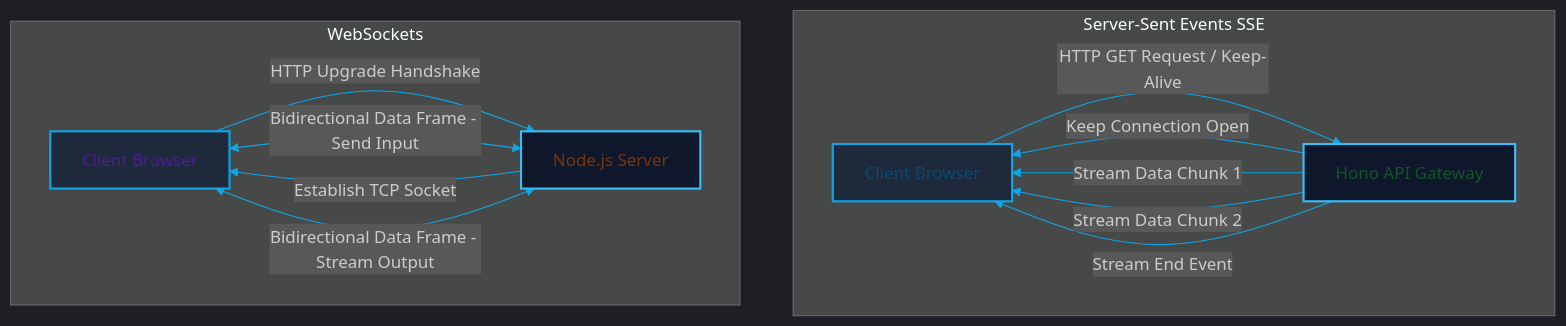
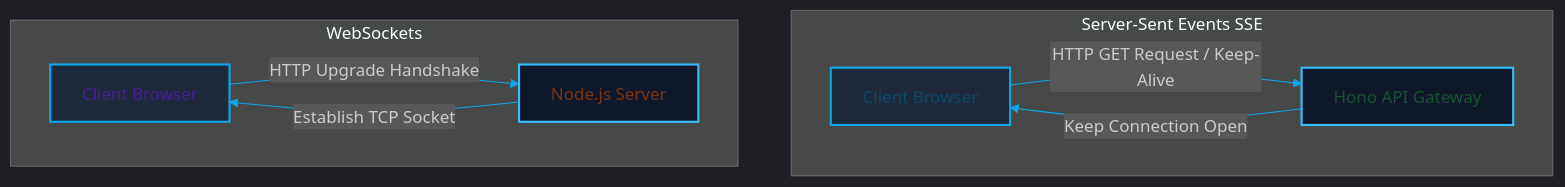
One commit to akmalkhaniub/akmalkhaniub.github.io changed the diagram in blog/posts/real-time-token-streaming-sse-websockets.md. Above: the diagram before and after it, drawn with Mermaid. The commit also changed other lines of this file and 894 other files, not shown here.

Commit message:
feat(blog): upgrade all 444 posts with unique staggered dates, 2-col Mermaid spines, benchmark tables, code blocks, and trade-offs

````diff
--- a/blog/posts/real-time-token-streaming-sse-websockets.md
+++ b/blog/posts/real-time-token-streaming-sse-websockets.md
@@ -29,33 +29,28 @@
 ```mermaid
 %%{init: {'theme': 'dark', 'themeVariables': { 'primaryColor': '#0ea5e9', 'primaryTextColor': '#f3f4f6', 'primaryBorderColor': '#38bdf8', 'lineColor': '#0ea5e9', 'secondaryColor': '#111827', 'tertiaryColor': '#111827'}}}%%
 flowchart TD
     subgraph SG1_ServerSentEvents ["Server-Sent Events SSE"]
         A["Client Browser"] -->|HTTP GET Request / Keep-Alive| B["Hono API Gateway"]
         B -->|Keep Connection Open| A
-        B -->|Stream Data Chunk 1| A
-        B -->|Stream Data Chunk 2| A
-        B -->|Stream End Event| A
     end
     
     subgraph WebSockets
         C["Client Browser"] -->|HTTP Upgrade Handshake| D["Node.js Server"]
         D -->|Establish TCP Socket| C
-        C <-->|Bidirectional Data Frame - Send Input| D
-        D <-->|Bidirectional Data Frame - Stream Output| C
     end
 
     style A fill:#1e293b,stroke:#0ea5e9,stroke-width:2px
     style B fill:#0f172a,stroke:#38bdf8,stroke-width:2px
     style C fill:#1e293b,stroke:#0ea5e9,stroke-width:2px
     style D fill:#0f172a,stroke:#38bdf8,stroke-width:2px
 
 classDef green fill:#dcfce7,stroke:#16a34a,stroke-width:2px,color:#14532d;
 classDef red fill:#fee2e2,stroke:#dc2626,stroke-width:2px,color:#7f1d1d;
 classDef blue fill:#e0f2fe,stroke:#0284c7,stroke-width:2px,color:#0c4a6e;
 classDef yellow fill:#fef3c7,stroke:#d97706,stroke-width:2px,color:#78350f;
 classDef purple fill:#ede9fe,stroke:#7c3aed,stroke-width:2px,color:#4c1d95;
 class A blue
 class B green
 class C purple
 class D yellow
 ```
````
